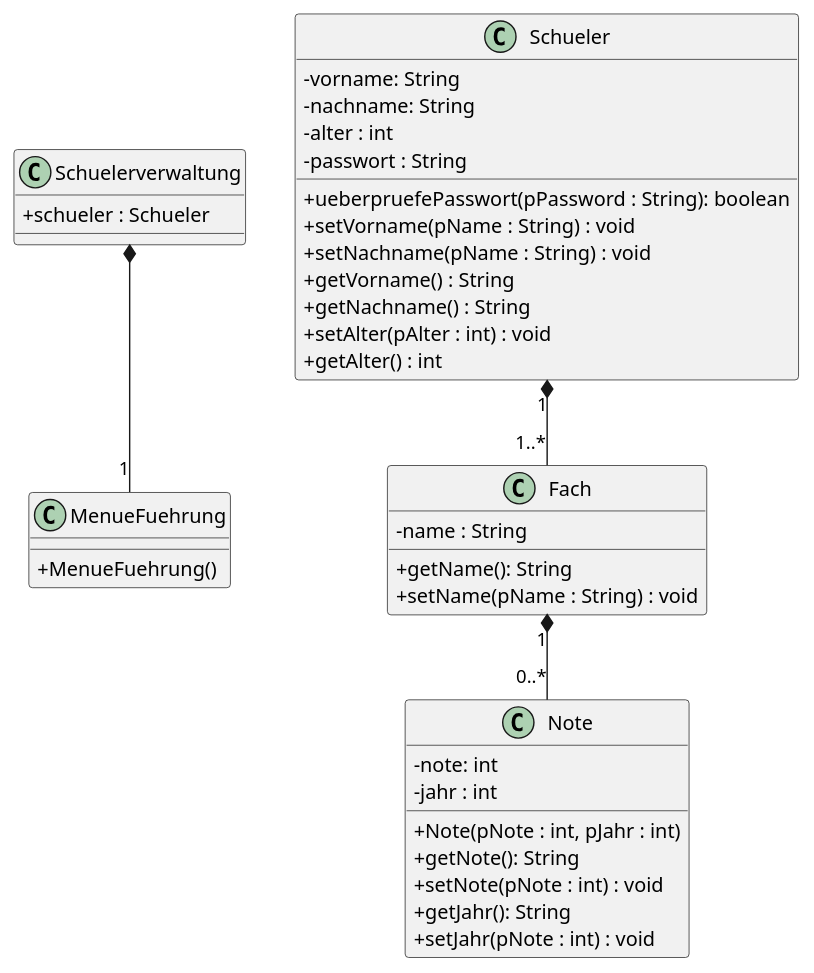
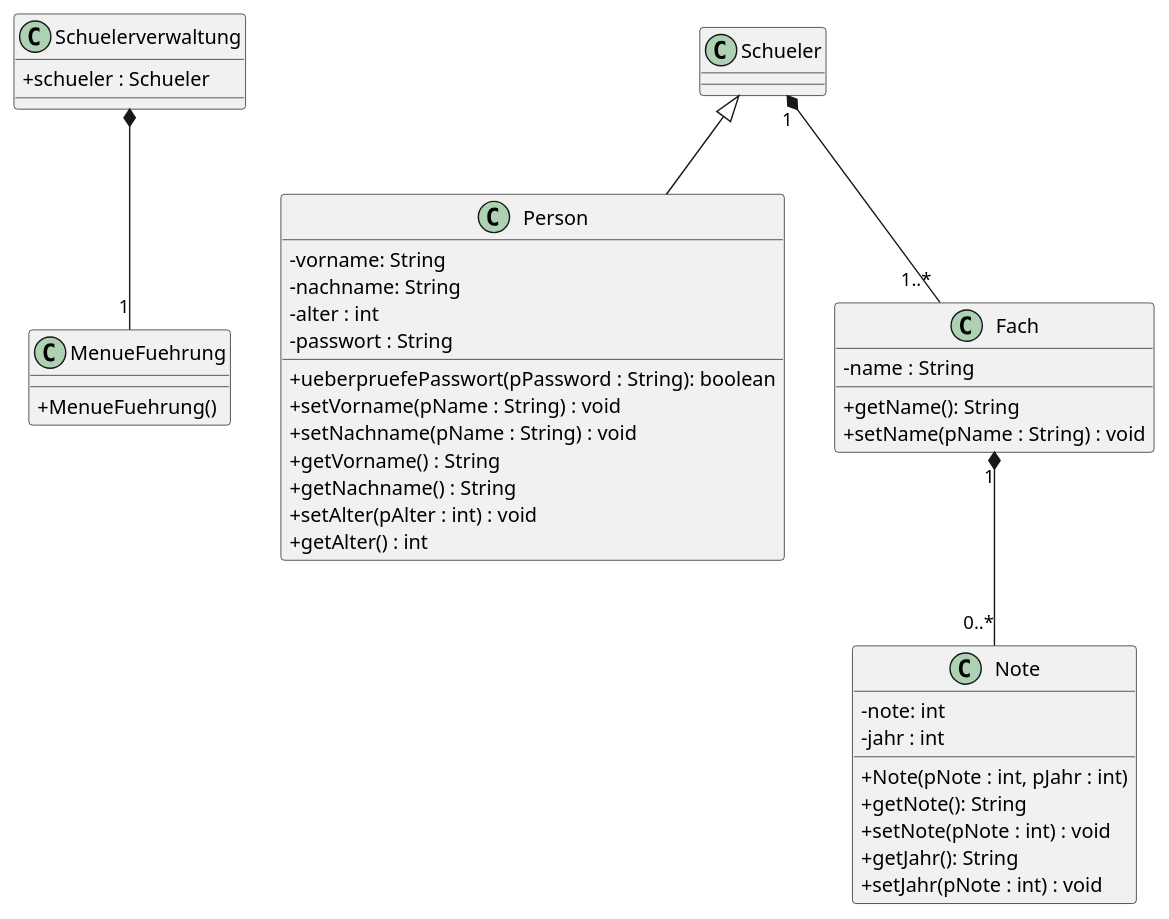
Before and after one commit to teach404W/agileProjekt_2_Java: the diagram in Docs/Diagramme/Klassendiagramm.iuml, drawn with PlantUML.

Commit message:
update class extends

```diff
--- a/Docs/Diagramme/Klassendiagramm.iuml
+++ b/Docs/Diagramme/Klassendiagramm.iuml
@@ -1,56 +1,59 @@
 @startuml
 skinparam classAttributeIconSize 0
 
 class Schuelerverwaltung{
  +schueler : Schueler
 }
 
 
 
 class MenueFuehrung{
  +MenueFuehrung()
 }
 
-
+class Person{
+ -vorname: String
+ -nachname: String
+ -alter : int
+ -passwort : String
+ +ueberpruefePasswort(pPassword : String): boolean
+ +setVorname(pName : String) : void
+ +setNachname(pName : String) : void
+ +getVorname() : String
+ +getNachname() : String
+ +setAlter(pAlter : int) : void
+ +getAlter() : int
+}
 
 
 
 class Fach{
  -name : String
  +getName(): String
  +setName(pName : String) : void
 }
 
 class Note{
  -note: int
  -jahr : int
  +Note(pNote : int, pJahr : int)
  +getNote(): String
  +setNote(pNote : int) : void
  +getJahr(): String
  +setJahr(pNote : int) : void
 }
 
 
 
 
 class Schueler{
- -vorname: String
- -nachname: String
- -alter : int
- -passwort : String
- +ueberpruefePasswort(pPassword : String): boolean
- +setVorname(pName : String) : void
- +setNachname(pName : String) : void
- +getVorname() : String
- +getNachname() : String
- +setAlter(pAlter : int) : void
- +getAlter() : int
+
 }
 
 
 Fach "1" *-- "0..*" Note
 Schuelerverwaltung  *-- "1" MenueFuehrung
 Schueler "1" *-- "1..*" Fach
+Schueler <|-- Person
 
 @enduml
```
